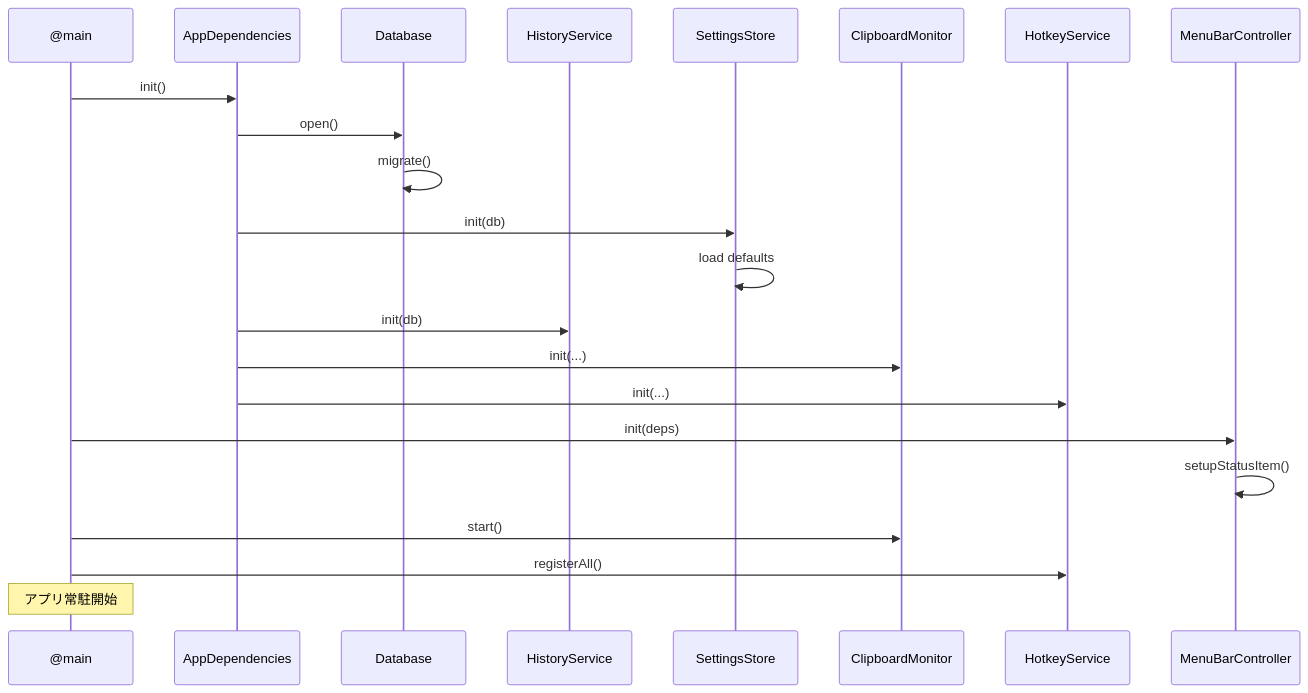
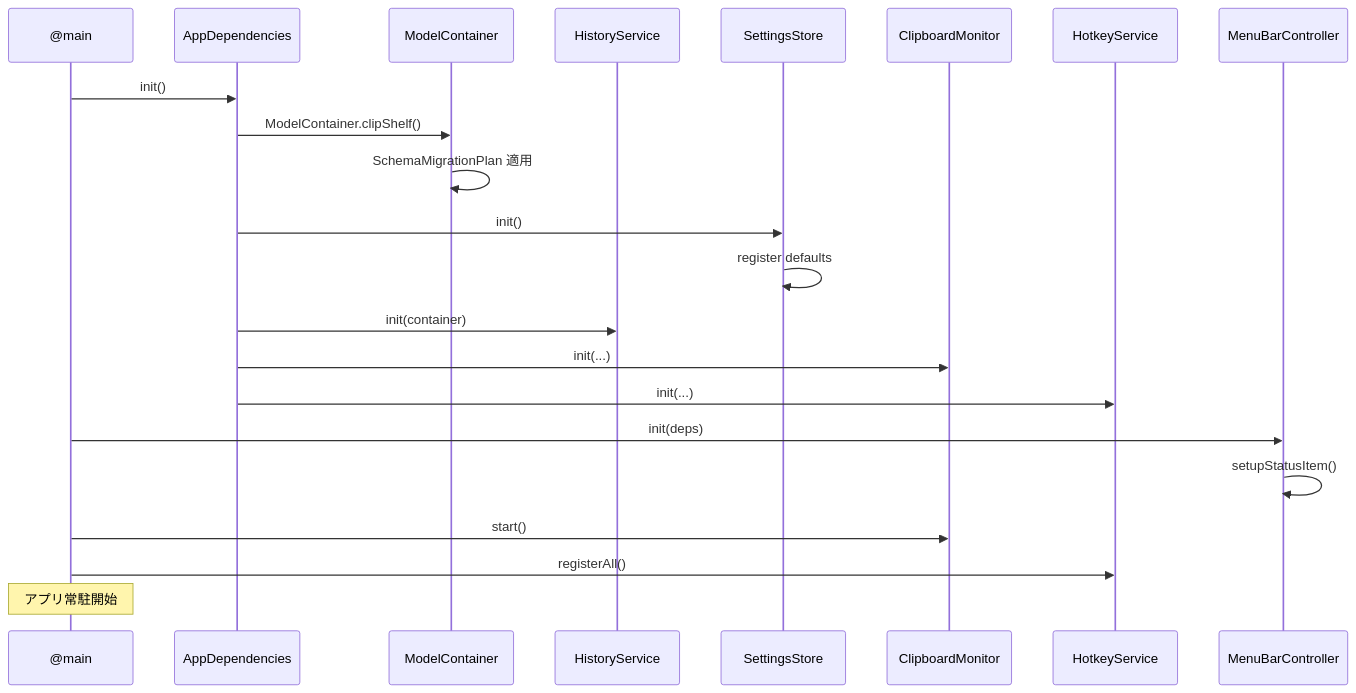
One commit to DIO0550/mac-clip-shelf changed the second of 2 diagrams in docs/clip-shelf/technical-spec.md. Above: the diagram before and after it, drawn with Mermaid. The commit also changed other lines of this file and 7 other files, not shown here.

````diff
--- a/docs/clip-shelf/technical-spec.md
+++ b/docs/clip-shelf/technical-spec.md
@@ -128,25 +130,25 @@
 ```mermaid
 sequenceDiagram
     participant Main as @main
     participant Deps as AppDependencies
-    participant DB as Database
+    participant MC as ModelContainer
     participant HS as HistoryService
     participant SS as SettingsStore
     participant Mon as ClipboardMonitor
     participant HK as HotkeyService
     participant UI as MenuBarController
 
     Main->>Deps: init()
-    Deps->>DB: open()
-    DB->>DB: migrate()
-    Deps->>SS: init(db)
-    SS->>SS: load defaults
-    Deps->>HS: init(db)
+    Deps->>MC: ModelContainer.clipShelf()
+    MC->>MC: SchemaMigrationPlan 適用
+    Deps->>SS: init()
+    SS->>SS: register defaults
+    Deps->>HS: init(container)
     Deps->>Mon: init(...)
     Deps->>HK: init(...)
     Main->>UI: init(deps)
     UI->>UI: setupStatusItem()
     Main->>Mon: start()
     Main->>HK: registerAll()
     Note over Main: アプリ常駐開始
 ```
````
